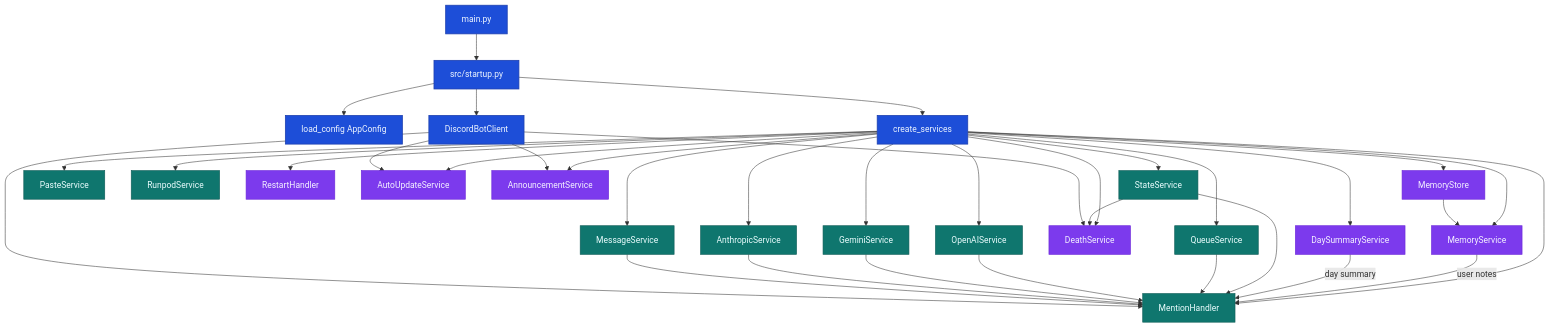
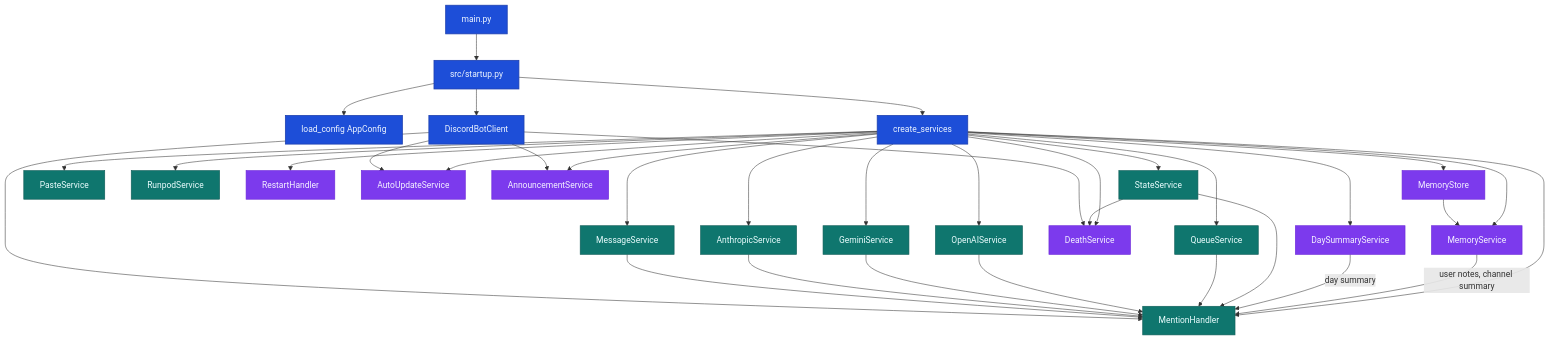
One commit to jobeus/cmwgpt changed the second of 5 diagrams in docs/architecture.md. Above: the diagram before and after it, drawn with Mermaid. The commit also changed 13 other files, not shown here.

First line of the commit message:
feat(memory): keep a nightly 'lately' summary per channel

````diff
--- a/docs/architecture.md
+++ b/docs/architecture.md
@@ -90,51 +90,51 @@
 ```mermaid
 flowchart TB
     classDef core fill:#1d4ed8,color:#eff6ff,stroke:#1e40af,stroke-width:1.5px;
     classDef svc fill:#0f766e,color:#ecfeff,stroke:#115e59,stroke-width:1.2px;
     classDef aux fill:#7c3aed,color:#f5f3ff,stroke:#6d28d9,stroke-width:1.2px;
 
     Main[main.py]:::core --> Startup[src/startup.py]:::core
     Startup --> Config[load_config AppConfig]:::core
     Startup --> Factory[create_services]:::core
     Factory --> State[StateService]:::svc
     Factory --> Queue[QueueService]:::svc
     Factory --> OpenAI[OpenAIService]:::svc
     Factory --> Gemini[GeminiService]:::svc
     Factory --> Anthropic[AnthropicService]:::svc
     Factory --> Paste[PasteService]:::svc
     Factory --> Message[MessageService]:::svc
     Factory --> Runpod[RunpodService]:::svc
     Factory --> Restart[RestartHandler]:::aux
     Factory --> AutoUpdate[AutoUpdateService]:::aux
     Factory --> Announce[AnnouncementService]:::aux
 
     Factory --> Death[DeathService]:::aux
     Factory --> MemStore[MemoryStore]:::aux
     Factory --> Memory[MemoryService]:::aux
     Factory --> DaySummary[DaySummaryService]:::aux
     Factory --> Mention[MentionHandler]:::svc
 
     MemStore --> Memory
-    Memory -->|user notes| Mention
+    Memory -->|user notes, channel summary| Mention
     DaySummary -->|day summary| Mention
 
 
     State --> Death
     State --> Mention
     Queue --> Mention
 
     OpenAI --> Mention
 
     Gemini --> Mention
 
     Anthropic --> Mention
 
     Message --> Mention
 
     Startup --> Client[DiscordBotClient]:::core
     Client --> Mention
     Client --> AutoUpdate
     Client --> Announce
 
     Client --> Death
 ```
````
